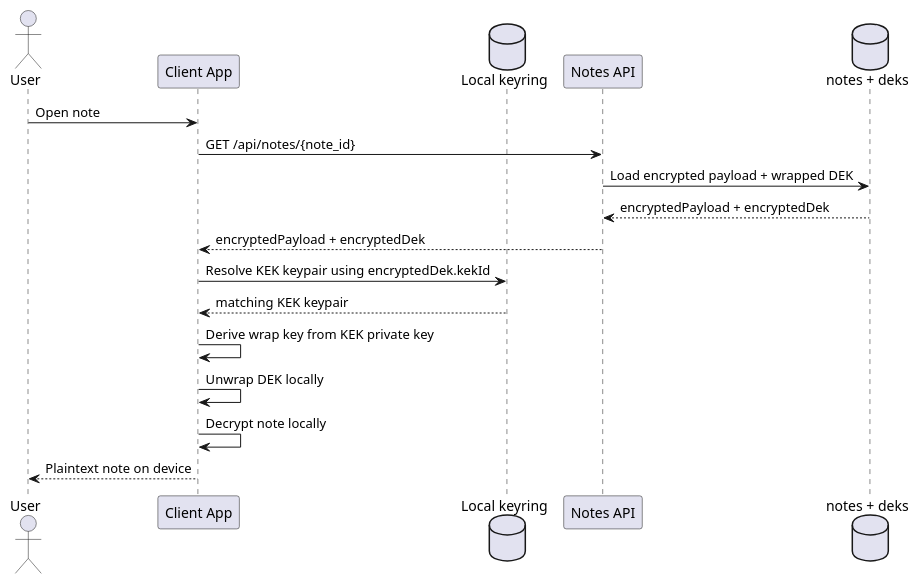
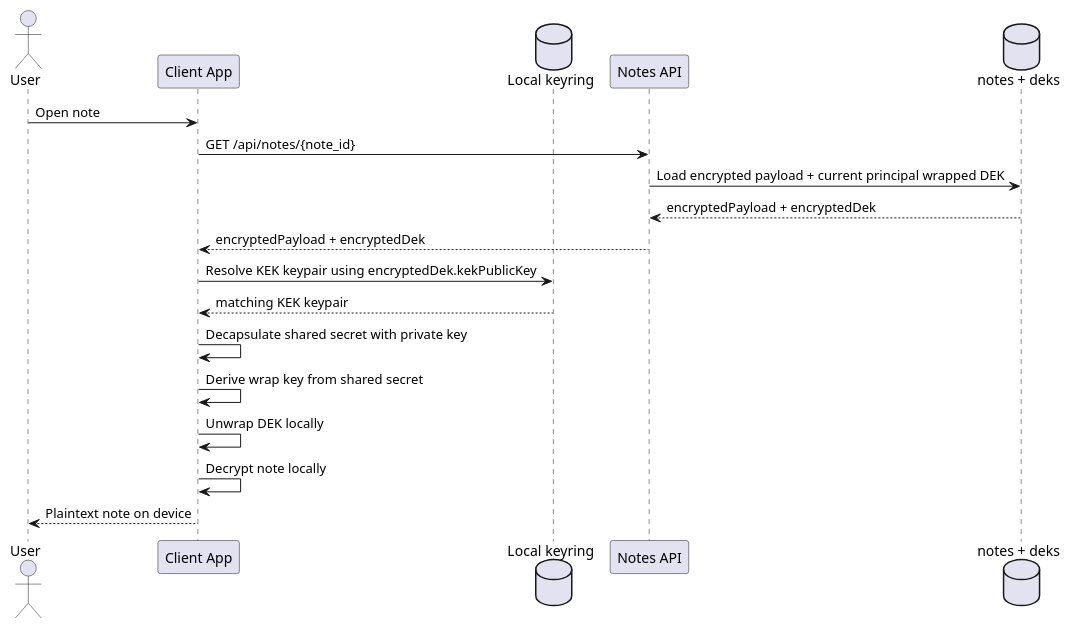
Before and after one commit to benedikt-weyer/preset-reactnative-expo-frontend-rust-backend-e2ee-github: the second of 3 diagrams in apps/docs/docs/auth-note-encryption.md, drawn with PlantUML. The commit also changed other lines of this file and 27 other files, not shown here.

````diff
--- a/apps/docs/docs/auth-note-encryption.md
+++ b/apps/docs/docs/auth-note-encryption.md
@@ -68,23 +72,24 @@
 ```plantuml format="svg_inline" alt="Encrypted note load sequence" title="Encrypted note load sequence"
 @startuml
 skinparam shadowing false
 
 actor User
 participant "Client App" as Client
 database "Local keyring" as Keyring
 participant "Notes API" as Api
 database "notes + deks" as Store
 
 User -> Client: Open note
 Client -> Api: GET /api/notes/{note_id}
-Api -> Store: Load encrypted payload + wrapped DEK
+Api -> Store: Load encrypted payload + current principal wrapped DEK
 Store --> Api: encryptedPayload + encryptedDek
 Api --> Client: encryptedPayload + encryptedDek
-Client -> Keyring: Resolve KEK keypair using encryptedDek.kekId
+Client -> Keyring: Resolve KEK keypair using encryptedDek.kekPublicKey
 Keyring --> Client: matching KEK keypair
-Client -> Client: Derive wrap key from KEK private key
+Client -> Client: Decapsulate shared secret with private key
+Client -> Client: Derive wrap key from shared secret
 Client -> Client: Unwrap DEK locally
 Client -> Client: Decrypt note locally
 Client --> User: Plaintext note on device
 @enduml
 ```
````
